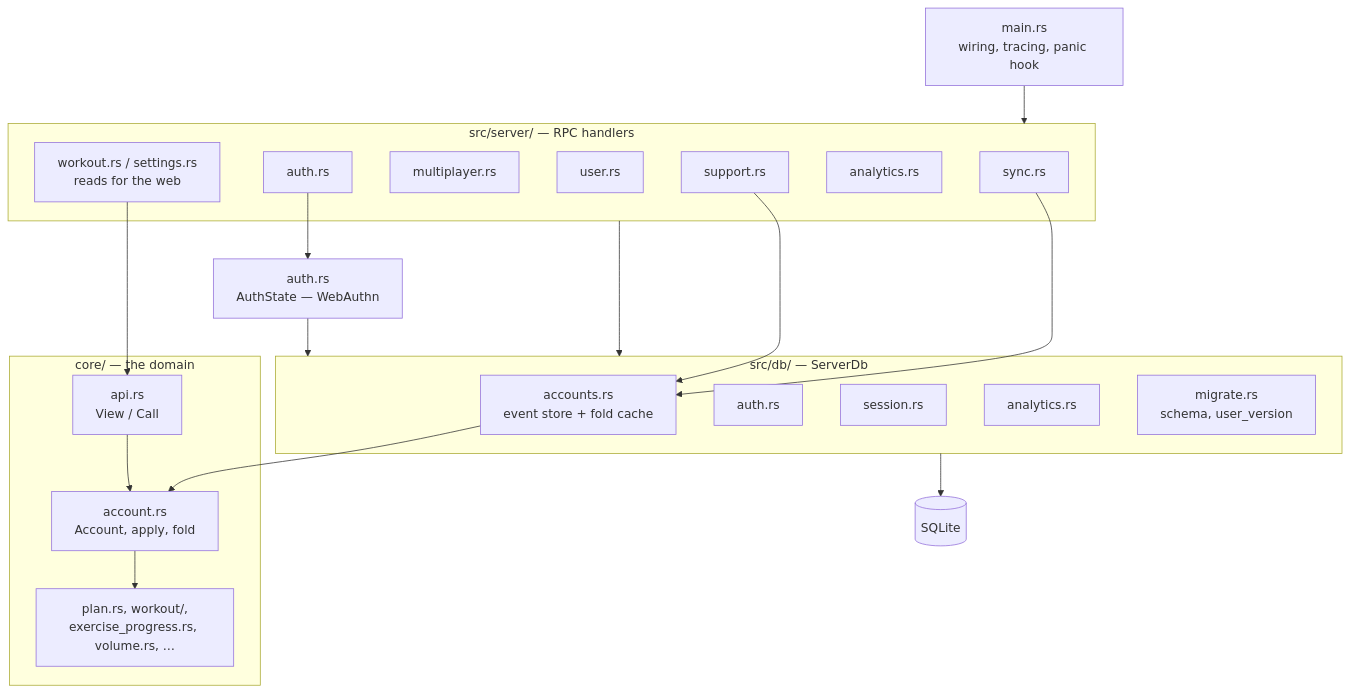
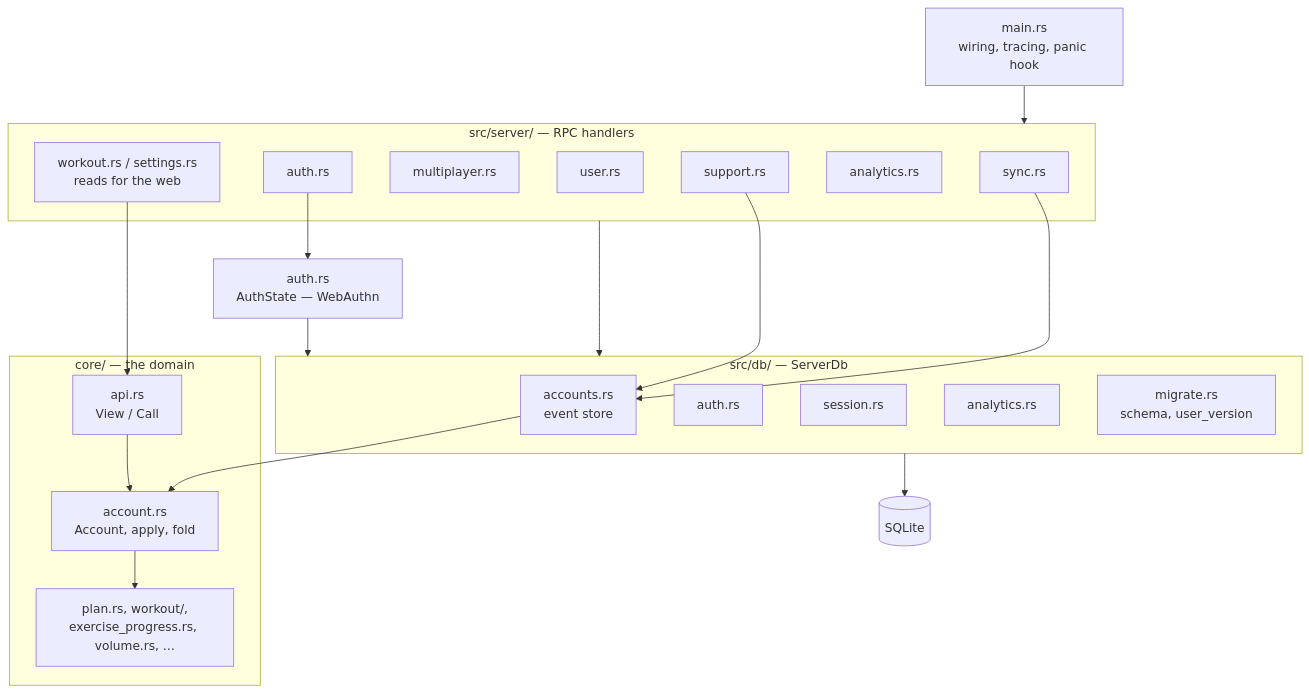
The first of 3 diagrams in docs/architecture/backend.md (brensch/lift), drawn with Mermaid before and after one commit. The commit also changed other lines of this file and 68 other files, not shown here.

````diff
--- a/docs/architecture/backend.md
+++ b/docs/architecture/backend.md
@@ -11,43 +11,43 @@
 ```mermaid
 graph TD
     main["main.rs<br/>wiring, tracing, panic hook"]
 
     subgraph svc["src/server/ — RPC handlers"]
         sy["sync.rs"]
         w["workout.rs / settings.rs<br/>reads for the web"]
         mp["multiplayer.rs"]
         us["user.rs"]
         au["auth.rs"]
         an["analytics.rs"]
         su["support.rs"]
     end
 
     subgraph core["core/ — the domain"]
         acc["account.rs<br/>Account, apply, fold"]
         api["api.rs<br/>View / Call"]
         rules["plan.rs, workout/,<br/>exercise_progress.rs, volume.rs, …"]
     end
 
     subgraph data["src/db/ — ServerDb"]
-        dacc["accounts.rs<br/>event store + fold cache"]
+        dacc["accounts.rs<br/>event store"]
         dauth["auth.rs"]
         dses["session.rs"]
         dan["analytics.rs"]
         dmig["migrate.rs<br/>schema, user_version"]
     end
 
     authst["auth.rs<br/>AuthState — WebAuthn"]
     sqlite[("SQLite")]
 
     main --> svc
     sy --> dacc
     w --> api
     su --> dacc
     dacc --> acc
     acc --> rules
     api --> acc
     au --> authst
     svc --> data
     authst --> data
     data --> sqlite
 ```
````
